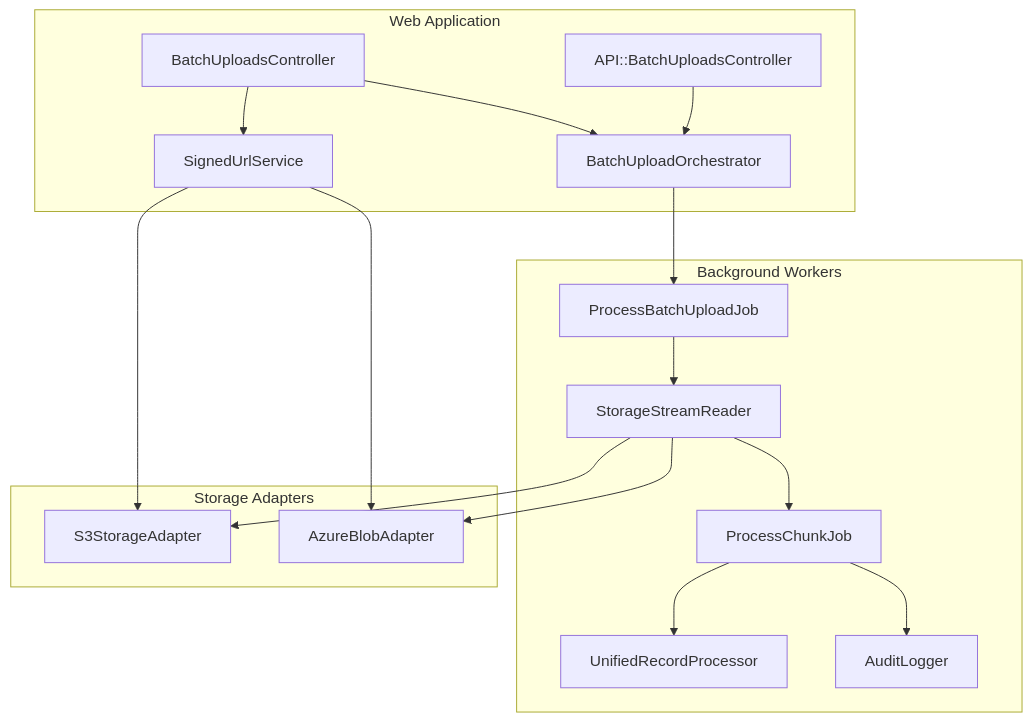
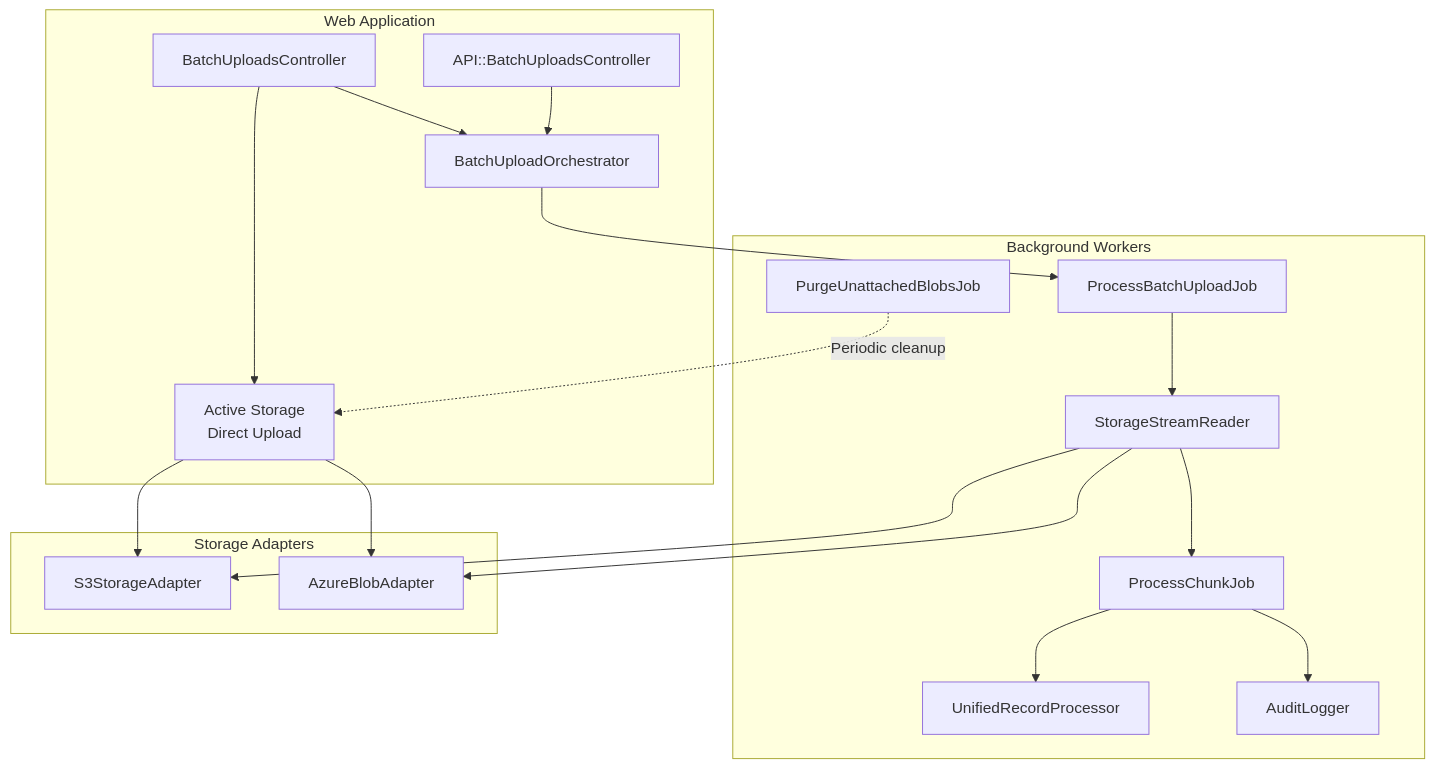
The fourth of 5 diagrams in docs/architecture/batch-upload/batch-upload.md (navapbc/oscer), drawn with Mermaid before and after one commit. The commit also changed other lines of this file and 1 other file, not shown here.

First line of the commit message:
Document Active Storage adoption for batch upload v2 (#258)

````diff
--- a/docs/architecture/batch-upload/batch-upload.md
+++ b/docs/architecture/batch-upload/batch-upload.md
@@ -135,32 +135,34 @@
 ```mermaid
 flowchart TB
     subgraph web [Web Application]
         Controller[BatchUploadsController]
         APIController[API::BatchUploadsController]
-        SignedUrlService[SignedUrlService]
+        ActiveStorage[Active Storage<br/>Direct Upload]
         Orchestrator[BatchUploadOrchestrator]
     end
 
     subgraph workers [Background Workers]
         ProcessJob[ProcessBatchUploadJob]
         ChunkJob[ProcessChunkJob]
         StreamReader[StorageStreamReader]
         Processor[UnifiedRecordProcessor]
         AuditLogger[AuditLogger]
+        PurgeJob[PurgeUnattachedBlobsJob]
     end
 
     subgraph adapters [Storage Adapters]
         S3Adapter[S3StorageAdapter]
         AzureAdapter[AzureBlobAdapter]
     end
 
     Controller & APIController --> Orchestrator
-    Controller --> SignedUrlService
-    SignedUrlService --> S3Adapter & AzureAdapter
+    Controller --> ActiveStorage
+    ActiveStorage --> S3Adapter & AzureAdapter
     Orchestrator --> ProcessJob
     ProcessJob --> StreamReader
     StreamReader --> S3Adapter & AzureAdapter
     StreamReader --> ChunkJob
     ChunkJob --> Processor
     ChunkJob --> AuditLogger
+    PurgeJob -.->|Periodic cleanup| ActiveStorage
 ```
````
